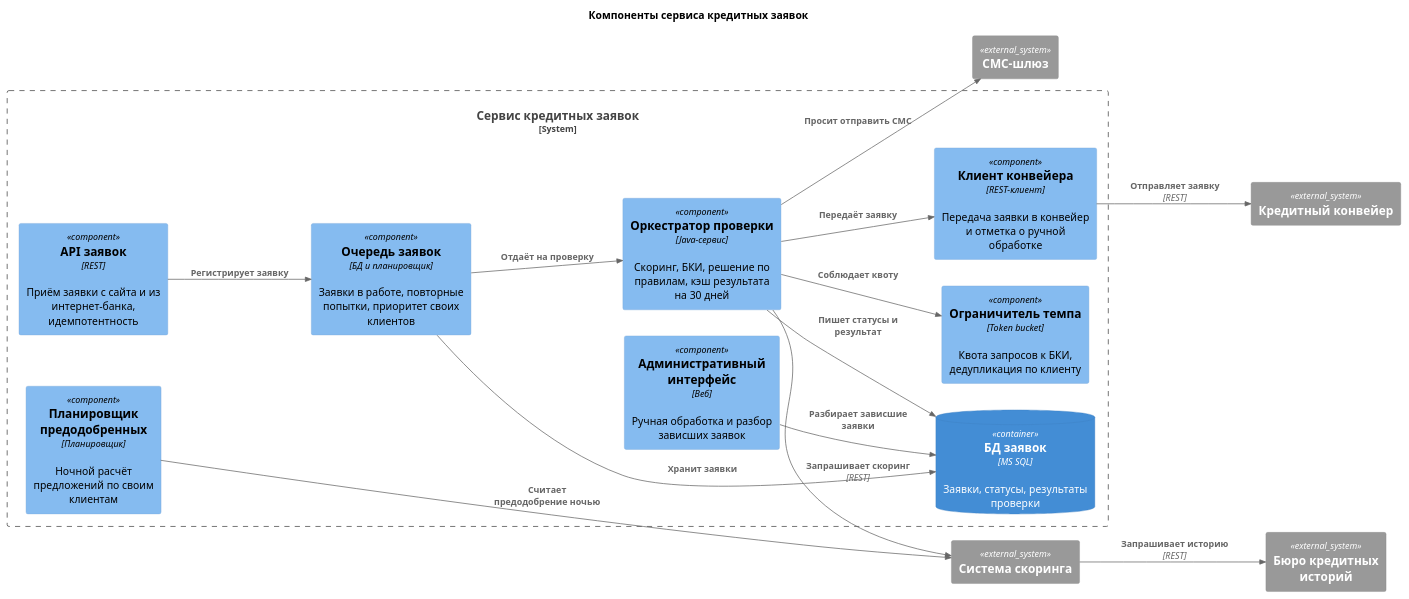
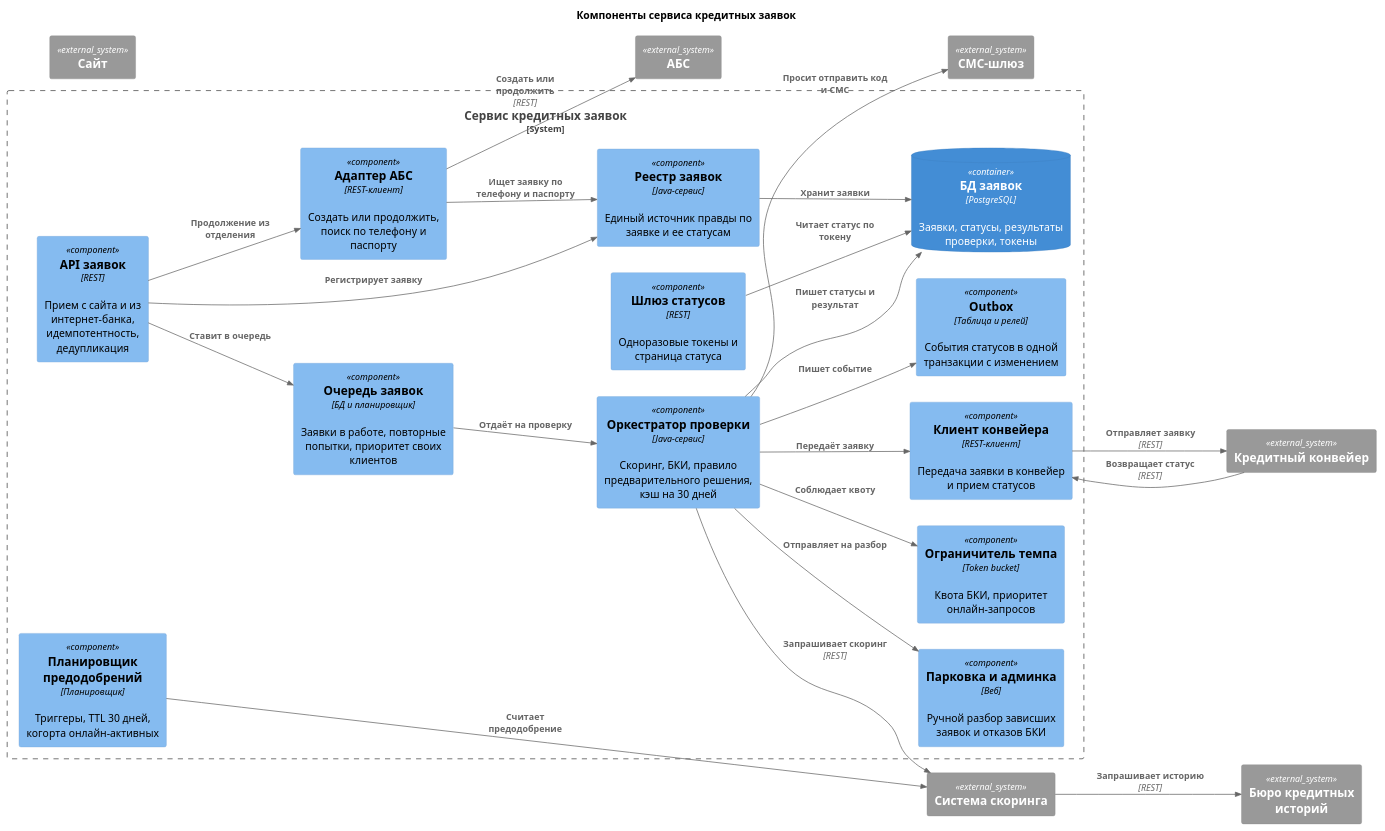
The diagram in Task5/c4-components.puml (navartis/s3-architecture-pro-standart), drawn with PlantUML before and after one commit. The commit also changed 4 other files, not shown here.

```diff
--- a/Task5/c4-components.puml
+++ b/Task5/c4-components.puml
@@ -1,36 +1,49 @@
 @startuml
 !include <C4/C4_Component>
 
 LAYOUT_LEFT_RIGHT()
 title Компоненты сервиса кредитных заявок
 
 System_Boundary(cs_b, "Сервис кредитных заявок") {
-  Component(api, "API заявок", "REST", "Приём заявки с сайта и из интернет-банка, идемпотентность")
+  Component(api, "API заявок", "REST", "Прием с сайта и из интернет-банка, идемпотентность, дедупликация")
+  Component(registry, "Реестр заявок", "Java-сервис", "Единый источник правды по заявке и ее статусам")
   Component(queue, "Очередь заявок", "БД и планировщик", "Заявки в работе, повторные попытки, приоритет своих клиентов")
-  Component(orch, "Оркестратор проверки", "Java-сервис", "Скоринг, БКИ, решение по правилам, кэш результата на 30 дней")
-  Component(limit, "Ограничитель темпа", "Token bucket", "Квота запросов к БКИ, дедупликация по клиенту")
-  Component(conn, "Клиент конвейера", "REST-клиент", "Передача заявки в конвейер и отметка о ручной обработке")
-  Component(admin, "Административный интерфейс", "Веб", "Ручная обработка и разбор зависших заявок")
-  Component(sched, "Планировщик предодобренных", "Планировщик", "Ночной расчёт предложений по своим клиентам")
-  ContainerDb(db, "БД заявок", "MS SQL", "Заявки, статусы, результаты проверки")
+  Component(orch, "Оркестратор проверки", "Java-сервис", "Скоринг, БКИ, правило предварительного решения, кэш на 30 дней")
+  Component(limit, "Ограничитель темпа", "Token bucket", "Квота БКИ, приоритет онлайн-запросов")
+  Component(conn, "Клиент конвейера", "REST-клиент", "Передача заявки в конвейер и прием статусов")
+  Component(status, "Шлюз статусов", "REST", "Одноразовые токены и страница статуса")
+  Component(abs_adapter, "Адаптер АБС", "REST-клиент", "Создать или продолжить, поиск по телефону и паспорту")
+  Component(sched, "Планировщик предодобрений", "Планировщик", "Триггеры, TTL 30 дней, когорта онлайн-активных")
+  Component(outbox, "Outbox", "Таблица и релей", "События статусов в одной транзакции с изменением")
+  Component(parking, "Парковка и админка", "Веб", "Ручной разбор зависших заявок и отказов БКИ")
+  ContainerDb(db, "БД заявок", "PostgreSQL", "Заявки, статусы, результаты проверки, токены")
 }
 
 System_Ext(scoring, "Система скоринга", "")
 System_Ext(bki, "Бюро кредитных историй", "")
 System_Ext(pipe, "Кредитный конвейер", "")
 System_Ext(sms, "СМС-шлюз", "")
+System_Ext(abs, "АБС", "")
+System_Ext(site, "Сайт", "")
 
-Rel(api, queue, "Регистрирует заявку")
+Rel(api, registry, "Регистрирует заявку")
+Rel(api, queue, "Ставит в очередь")
 Rel(queue, orch, "Отдаёт на проверку")
 Rel(orch, scoring, "Запрашивает скоринг", "REST")
 Rel(scoring, bki, "Запрашивает историю", "REST")
 Rel(orch, limit, "Соблюдает квоту")
 Rel(orch, conn, "Передаёт заявку")
 Rel(conn, pipe, "Отправляет заявку", "REST")
+Rel(pipe, conn, "Возвращает статус", "REST")
 Rel(orch, db, "Пишет статусы и результат")
-Rel(queue, db, "Хранит заявки")
-Rel(sched, scoring, "Считает предодобрение ночью")
-Rel(orch, sms, "Просит отправить СМС")
-Rel(admin, db, "Разбирает зависшие заявки")
+Rel(registry, db, "Хранит заявки")
+Rel(status, db, "Читает статус по токену")
+Rel(sched, scoring, "Считает предодобрение")
+Rel(orch, sms, "Просит отправить код и СМС")
+Rel(orch, outbox, "Пишет событие")
+Rel(orch, parking, "Отправляет на разбор")
+Rel(abs_adapter, abs, "Создать или продолжить", "REST")
+Rel(abs_adapter, registry, "Ищет заявку по телефону и паспорту")
+Rel(api, abs_adapter, "Продолжение из отделения")
 
 @enduml
```
